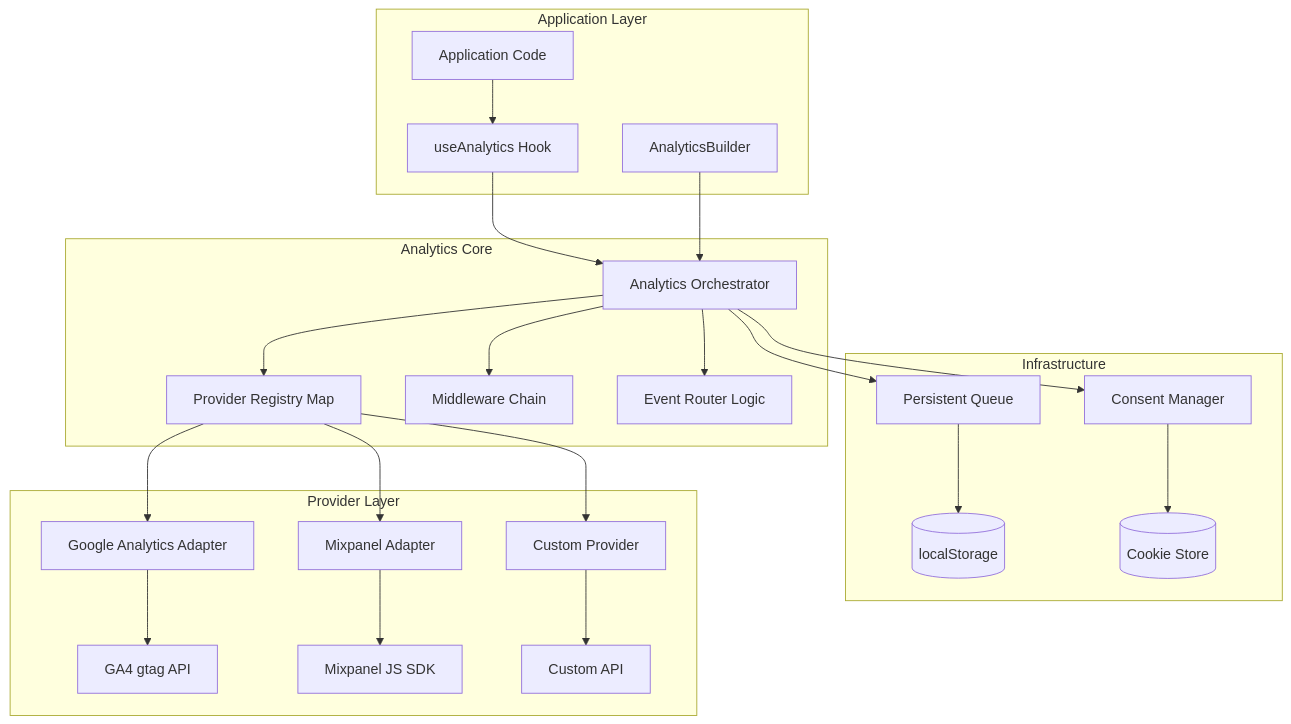
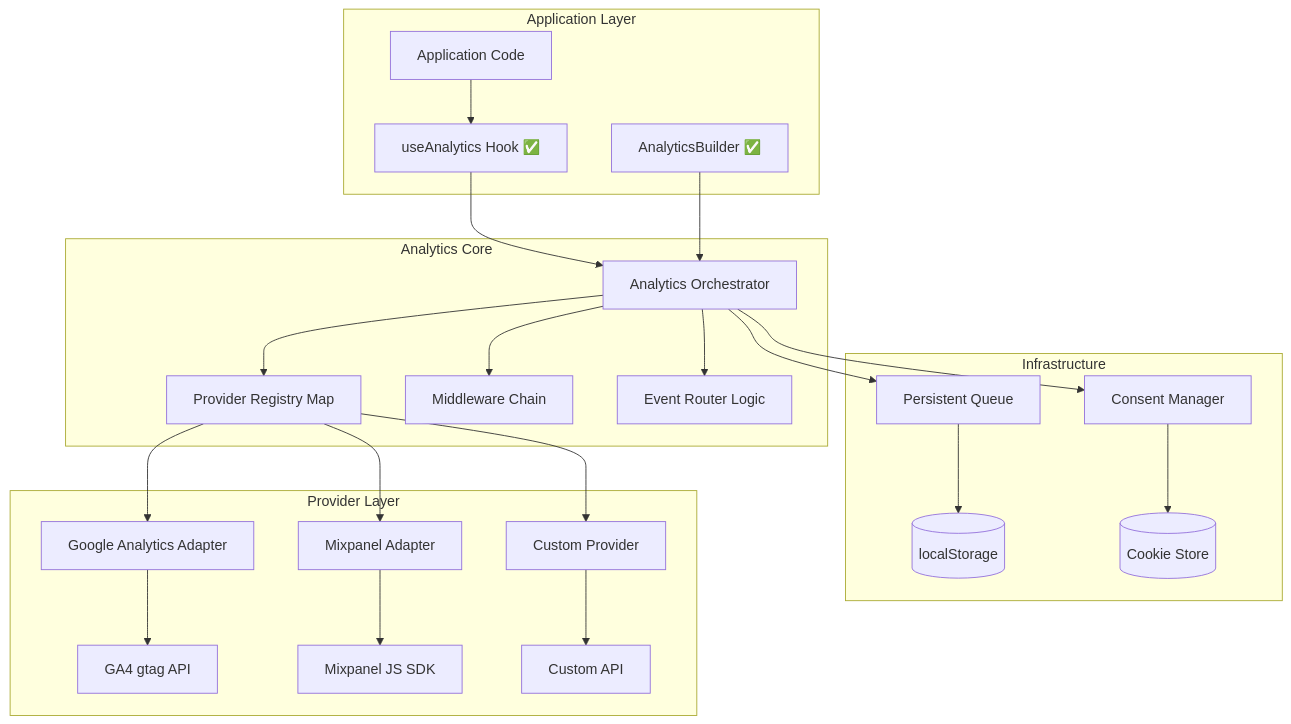
One commit to safe-global/safe-wallet-monorepo changed the first of 10 diagrams in docs/analytics-architecture.md. Above: the diagram before and after it, drawn with Mermaid. The commit also changed other lines of this file and 3 other files, not shown here.

First line of the commit message:
feat(analytics): implement useAnalytics React hook with comprehensive testing

````diff
--- a/docs/analytics-architecture.md
+++ b/docs/analytics-architecture.md
@@ -11,56 +11,56 @@
 ```mermaid
 graph TB
     subgraph "Application Layer"
         App[Application Code]
-        Hook[useAnalytics Hook]
-        Builder[AnalyticsBuilder]
+        Hook[useAnalytics Hook ✅]
+        Builder[AnalyticsBuilder ✅]
     end
 
     subgraph "Analytics Core"
         Analytics[Analytics Orchestrator]
         ProviderMap[Provider Registry Map]
         MiddlewareChain[Middleware Chain]
         Router[Event Router Logic]
     end
 
     subgraph "Infrastructure"
         Queue[Persistent Queue]
         Consent[Consent Manager]
         Storage[(localStorage)]
         CookieStore[(Cookie Store)]
     end
 
     subgraph "Provider Layer"
         Provider1[Google Analytics Adapter]
         Provider2[Mixpanel Adapter]
         Provider3[Custom Provider]
         GA4[GA4 gtag API]
         MP[Mixpanel JS SDK]
         CustomAPI[Custom API]
     end
 
     %% Application flow
     App --> Hook
     Hook --> Analytics
     Builder --> Analytics
 
     %% Core orchestration
     Analytics --> ProviderMap
     Analytics --> MiddlewareChain
     Analytics --> Router
     Analytics --> Queue
     Analytics --> Consent
 
     %% Infrastructure connections
     Queue --> Storage
     Consent --> CookieStore
 
     %% Provider connections
     ProviderMap --> Provider1
     ProviderMap --> Provider2
     ProviderMap --> Provider3
     Provider1 --> GA4
     Provider2 --> MP
     Provider3 --> CustomAPI
 
 ```
````
